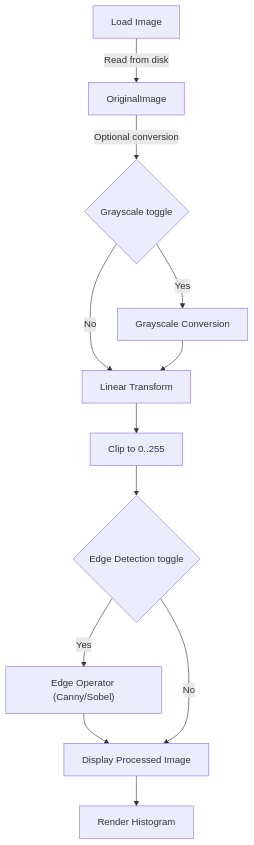
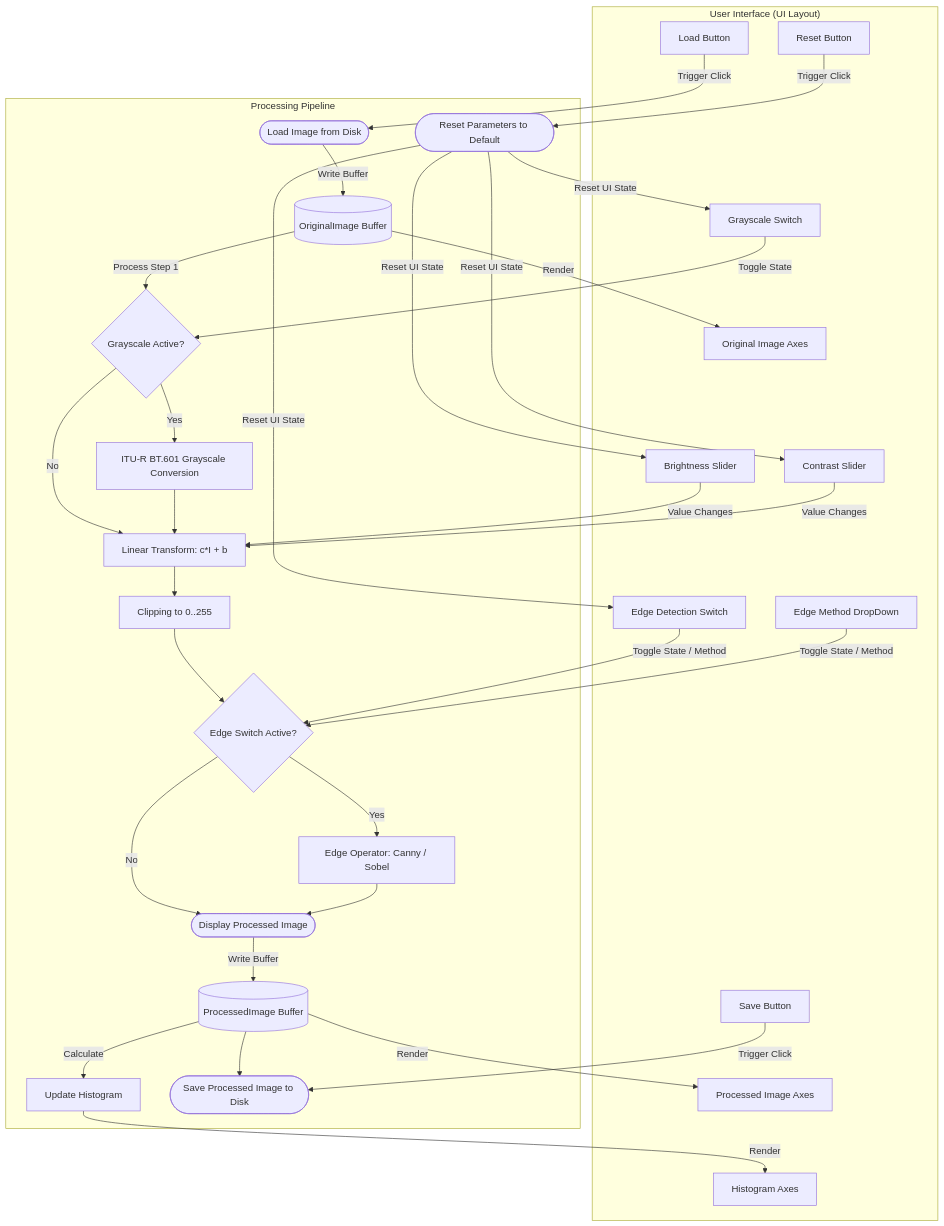
The second of 2 diagrams in README.md (DanoV1m/SmartPixelProcessor), drawn with Mermaid before and after one commit. The commit also changed other lines of this file and 1 other file, not shown here.

Commit message:
Unify Mermaid diagrams in README and remove redundant zip file

````diff
--- a/README.md
+++ b/README.md
@@ -186,14 +185,51 @@
 ```mermaid
 flowchart TD
-    Load[Load Image] -->|Read from disk| Original[OriginalImage]
-    Original -->|Optional conversion| Gray{Grayscale toggle}
-    Gray -->|Yes| Conv[Grayscale Conversion]
-    Gray -->|No| Transform[Linear Transform]
-    Conv --> Transform
-    Transform --> Clip[Clip to 0..255]
-    Clip --> Edge{Edge Detection toggle}
-    Edge -->|Yes| EdgeOp["Edge Operator (Canny/Sobel)"]
-    EdgeOp --> Display[Display Processed Image]
-    Edge -->|No| Display
-    Display --> Histogram[Render Histogram]
+    subgraph UI ["User Interface (UI Layout)"]
+        LoadBtn[Load Button]
+        SaveBtn[Save Button]
+        ResetBtn[Reset Button]
+        B_Slider[Brightness Slider]
+        C_Slider[Contrast Slider]
+        G_Switch[Grayscale Switch]
+        E_Switch[Edge Detection Switch]
+        E_Method[Edge Method DropDown]
+        O_Axes[Original Image Axes]
+        P_Axes[Processed Image Axes]
+        H_Axes[Histogram Axes]
+    end
+
+    subgraph Pipeline ["Processing Pipeline"]
+        LoadBtn -->|Trigger Click| LoadOp([Load Image from Disk])
+        LoadOp -->|Write Buffer| OriginalImage[(OriginalImage Buffer)]
+        OriginalImage -->|Render| O_Axes
+
+        OriginalImage -->|Process Step 1| GrayCheck{Grayscale Active?}
+        G_Switch -->|Toggle State| GrayCheck
+        
+        GrayCheck -->|Yes| GrayConv[ITU-R BT.601 Grayscale Conversion]
+        GrayCheck -->|No| LinearTrans[Linear Transform: c*I + b]
+        GrayConv --> LinearTrans
+        
+        B_Slider & C_Slider -->|Value Changes| LinearTrans
+        
+        LinearTrans --> Clip[Clipping to 0..255]
+        Clip --> EdgeCheck{Edge Switch Active?}
+        E_Switch & E_Method -->|Toggle State / Method| EdgeCheck
+        
+        EdgeCheck -->|Yes| EdgeOp[Edge Operator: Canny / Sobel]
+        EdgeCheck -->|No| DisplayOp([Display Processed Image])
+        
+        EdgeOp --> DisplayOp
+        DisplayOp -->|Write Buffer| ProcessedImage[(ProcessedImage Buffer)]
+        ProcessedImage -->|Render| P_Axes
+        
+        ProcessedImage -->|Calculate| HistOp[Update Histogram]
+        HistOp -->|Render| H_Axes
+        
+        SaveBtn -->|Trigger Click| SaveOp([Save Processed Image to Disk])
+        ProcessedImage --> SaveOp
+        
+        ResetBtn -->|Trigger Click| ResetOp([Reset Parameters to Default])
+        ResetOp -->|Reset UI State| B_Slider & C_Slider & G_Switch & E_Switch
+    end
 ```
````
